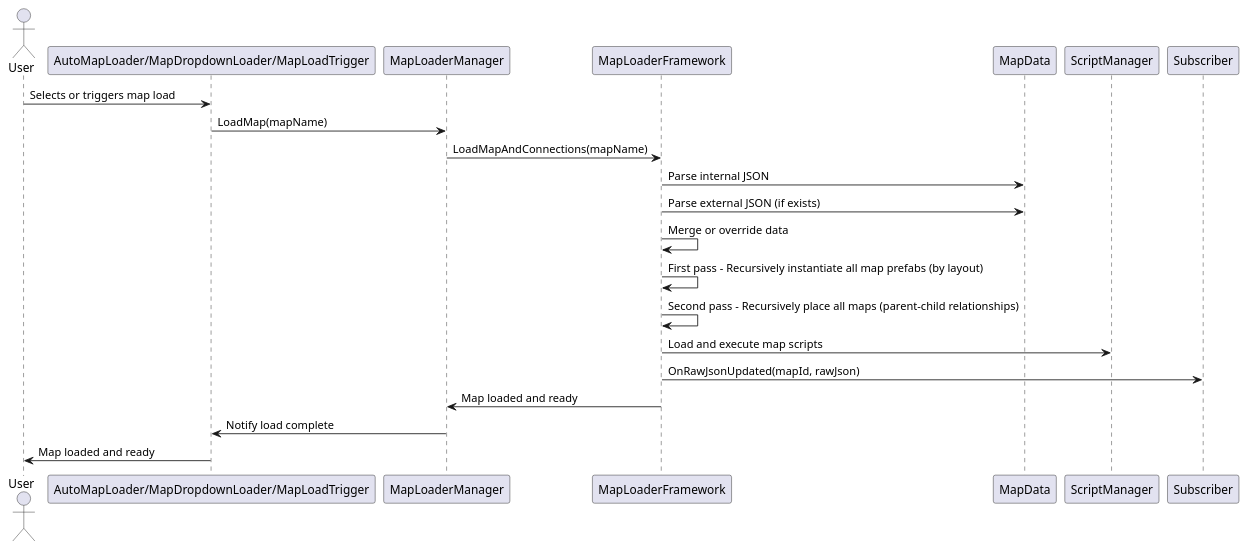
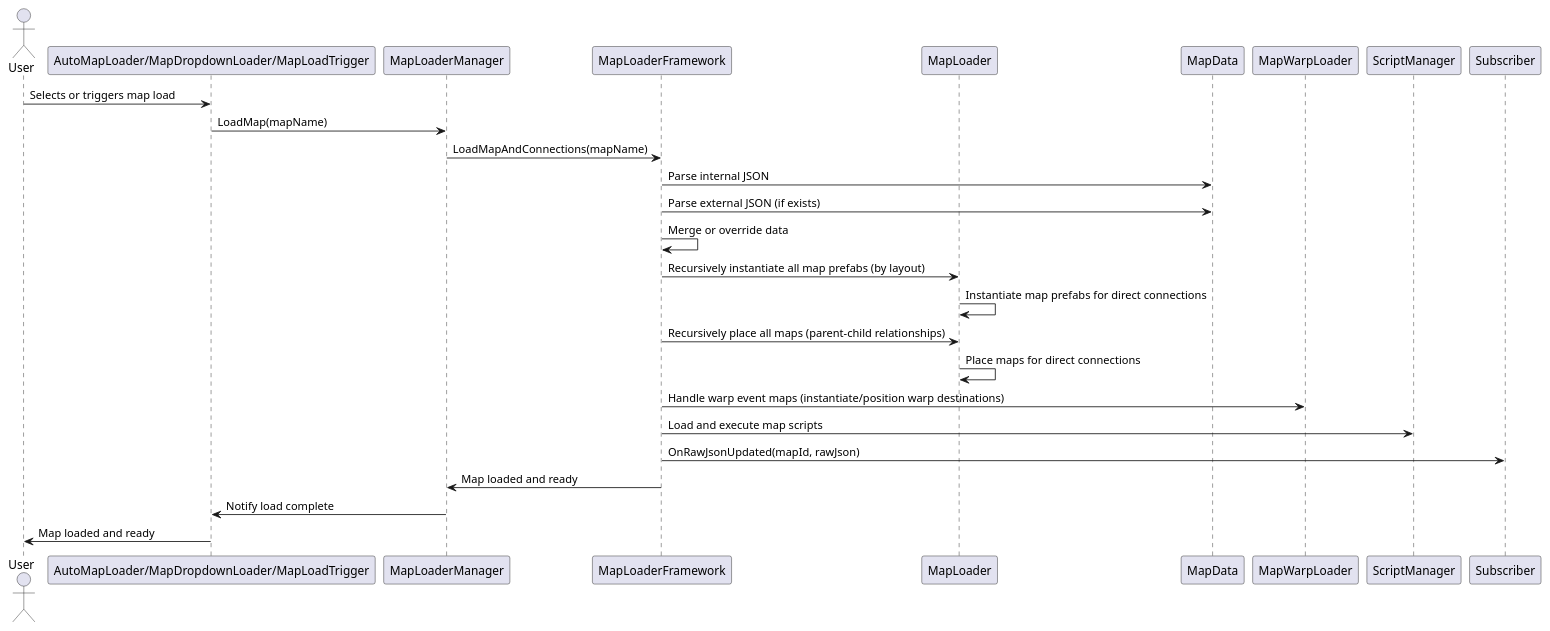
Before and after one commit to RolandKaechele/MapLoaderFramework: the diagram in Documentation/MapLoaderFramework_LoadSequence.puml, drawn with PlantUML. The commit also changed 21 other files, not shown here.

Commit message:
re-factoring, documentation updated MapWarpLoader introduced but not finalized

```diff
--- a/Documentation/MapLoaderFramework_LoadSequence.puml
+++ b/Documentation/MapLoaderFramework_LoadSequence.puml
@@ -1,23 +1,31 @@
 @startuml MapLoaderFramework_LoadSequence
-
+'
+' MapLoaderFramework - Load Sequence Diagram
+' This diagram shows the sequence of operations when loading a map, including warp event map handling.
+'
 actor User
 participant "AutoMapLoader/MapDropdownLoader/MapLoadTrigger" as Loader
 participant MapLoaderManager
 participant MapLoaderFramework
+participant MapLoader
 participant MapData
+participant MapWarpLoader
 participant ScriptManager
 
 User -> Loader: Selects or triggers map load
 Loader -> MapLoaderManager: LoadMap(mapName)
 MapLoaderManager -> MapLoaderFramework: LoadMapAndConnections(mapName)
 MapLoaderFramework -> MapData: Parse internal JSON
 MapLoaderFramework -> MapData: Parse external JSON (if exists)
 MapLoaderFramework -> MapLoaderFramework: Merge or override data
-MapLoaderFramework -> MapLoaderFramework: First pass - Recursively instantiate all map prefabs (by layout)
-MapLoaderFramework -> MapLoaderFramework: Second pass - Recursively place all maps (parent-child relationships)
+MapLoaderFramework -> MapLoader: Recursively instantiate all map prefabs (by layout)
+MapLoader -> MapLoader: Instantiate map prefabs for direct connections
+MapLoaderFramework -> MapLoader: Recursively place all maps (parent-child relationships)
+MapLoader -> MapLoader: Place maps for direct connections
+MapLoaderFramework -> MapWarpLoader: Handle warp event maps (instantiate/position warp destinations)
 MapLoaderFramework -> ScriptManager: Load and execute map scripts
 MapLoaderFramework -> Subscriber: OnRawJsonUpdated(mapId, rawJson)
 MapLoaderFramework -> MapLoaderManager: Map loaded and ready
 MapLoaderManager -> Loader: Notify load complete
 Loader -> User: Map loaded and ready
 @enduml
```
